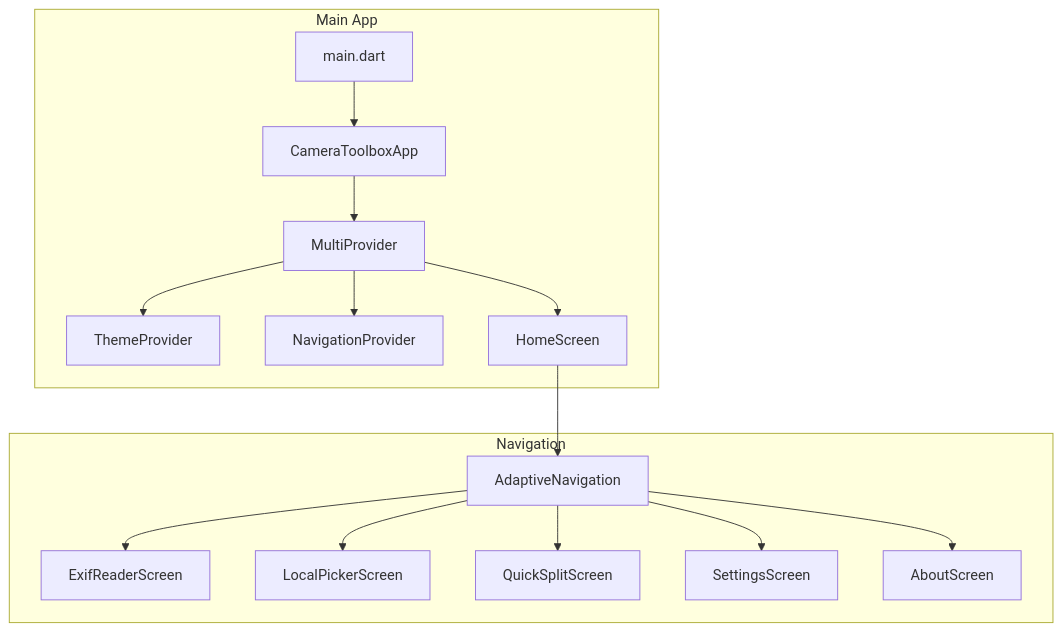
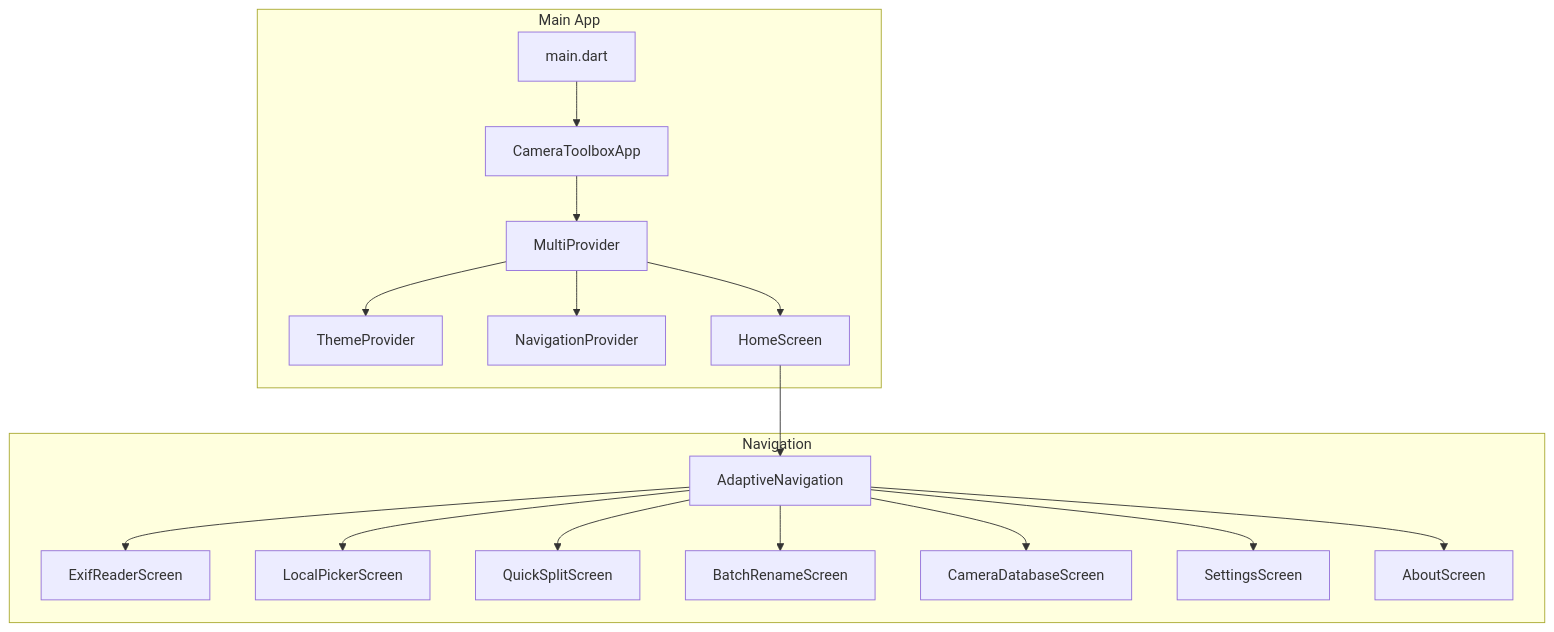
The second of 8 diagrams in memory_bank/architecture.md (OldSuns/Camera_Toolbox), drawn with Mermaid before and after one commit. The commit also changed other lines of this file and 17 other files, not shown here.

````diff
--- a/memory_bank/architecture.md
+++ b/memory_bank/architecture.md
@@ -44,19 +48,21 @@
 ```mermaid
 graph TD
     subgraph "Main App"
         A[main.dart] --> B[CameraToolboxApp]
         B --> C[MultiProvider]
         C --> D[ThemeProvider]
         C --> E[NavigationProvider]
         C --> F[HomeScreen]
     end
     
     subgraph "Navigation"
         F --> G[AdaptiveNavigation]
         G --> H[ExifReaderScreen]
         G --> I[LocalPickerScreen]
         G --> J[QuickSplitScreen]
-        G --> K[SettingsScreen]
-        G --> L[AboutScreen]
+        G --> K[BatchRenameScreen]
+        G --> L[CameraDatabaseScreen]
+        G --> M[SettingsScreen]
+        G --> N[AboutScreen]
     end
 ```
````
